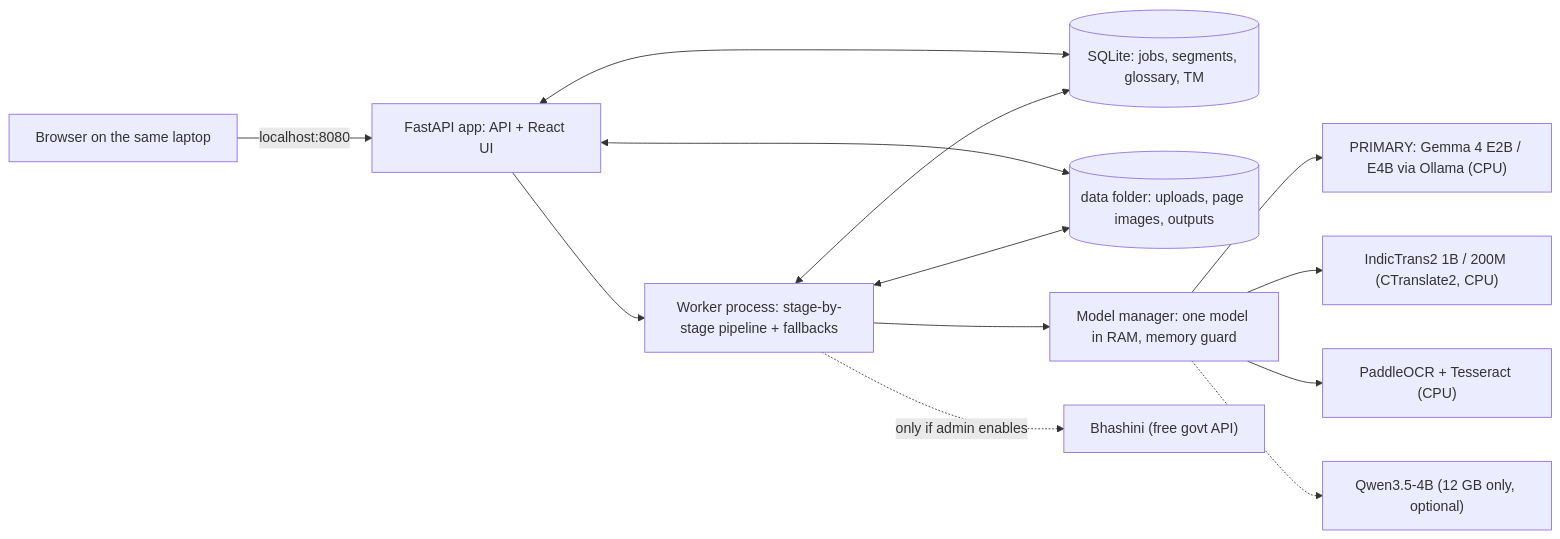
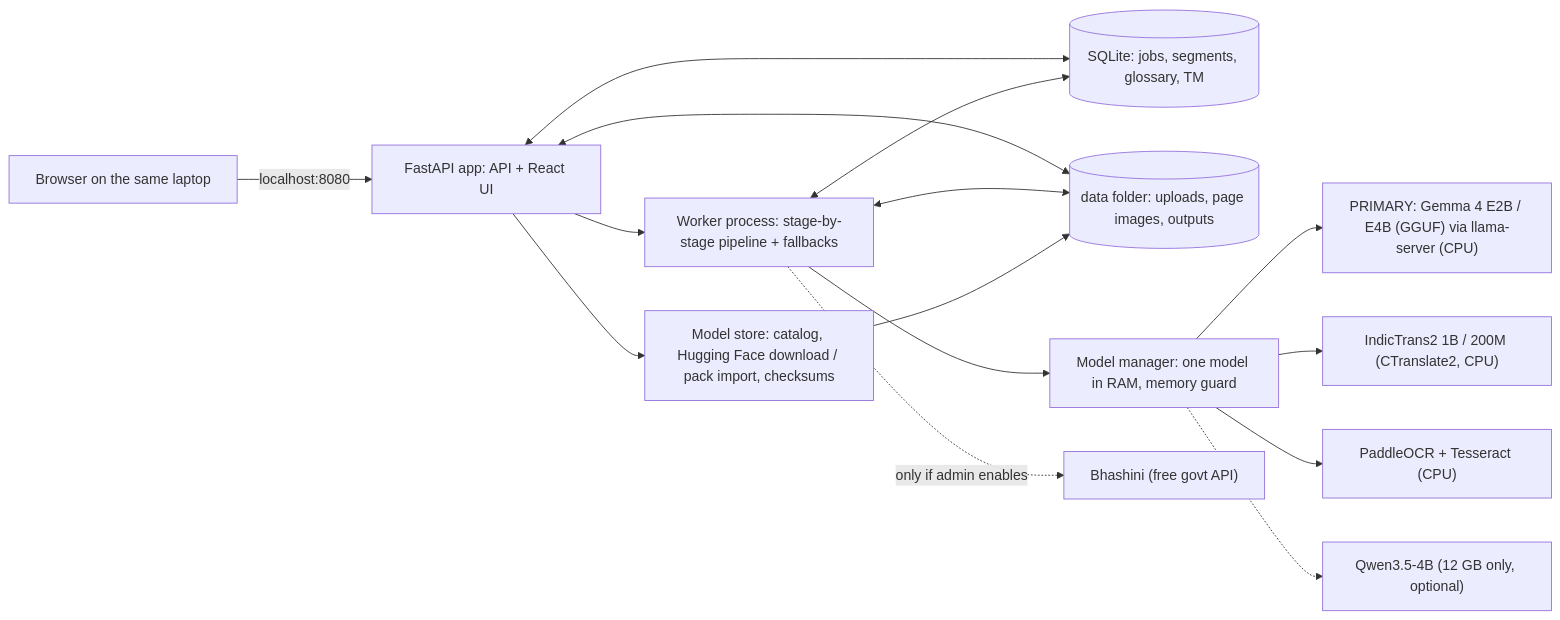
The first of 3 diagrams in PLAN.md (prasannad20011121/Pdf_-translater-), drawn with Mermaid before and after one commit. The commit also changed other lines of this file and 1 other file, not shown here.

First line of the commit message:
Revise plan: user model choice, Hugging Face downloads via llama.cpp

````diff
--- a/PLAN.md
+++ b/PLAN.md
@@ -172,15 +252,17 @@
 ```mermaid
 flowchart LR
   U["Browser on the same laptop"] -->|"localhost:8080"| A["FastAPI app: API + React UI"]
   A <--> DB[("SQLite: jobs, segments, glossary, TM")]
   A <--> FS[("data folder: uploads, page images, outputs")]
   A --> W["Worker process: stage-by-stage pipeline + fallbacks"]
   W <--> DB
   W <--> FS
   W --> MM["Model manager: one model in RAM, memory guard"]
-  MM --> G4["PRIMARY: Gemma 4 E2B / E4B via Ollama (CPU)"]
+  MM --> G4["PRIMARY: Gemma 4 E2B / E4B (GGUF) via llama-server (CPU)"]
   MM --> IT2["IndicTrans2 1B / 200M (CTranslate2, CPU)"]
   MM --> OCR["PaddleOCR + Tesseract (CPU)"]
   MM -.-> Q35["Qwen3.5-4B (12 GB only, optional)"]
+  A --> MS["Model store: catalog, Hugging Face download / pack import, checksums"]
+  MS --> FS
   W -. "only if admin enables" .-> BH["Bhashini (free govt API)"]
 ```
````
